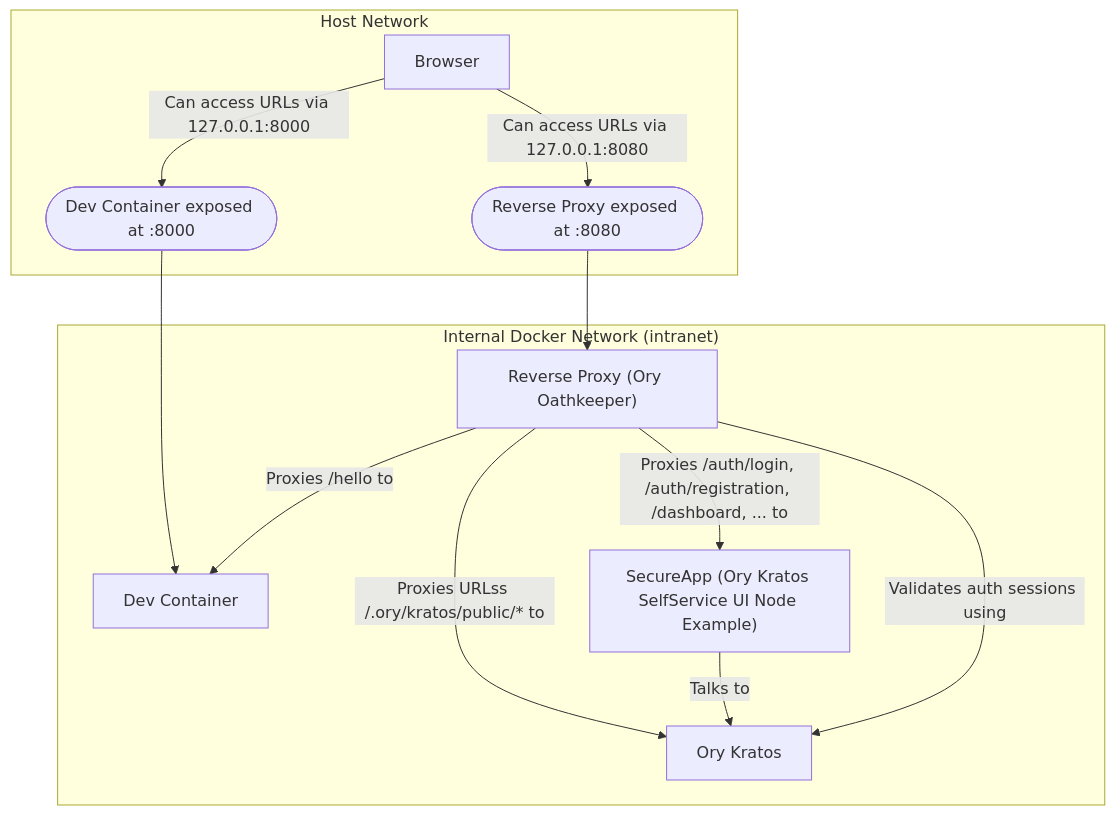
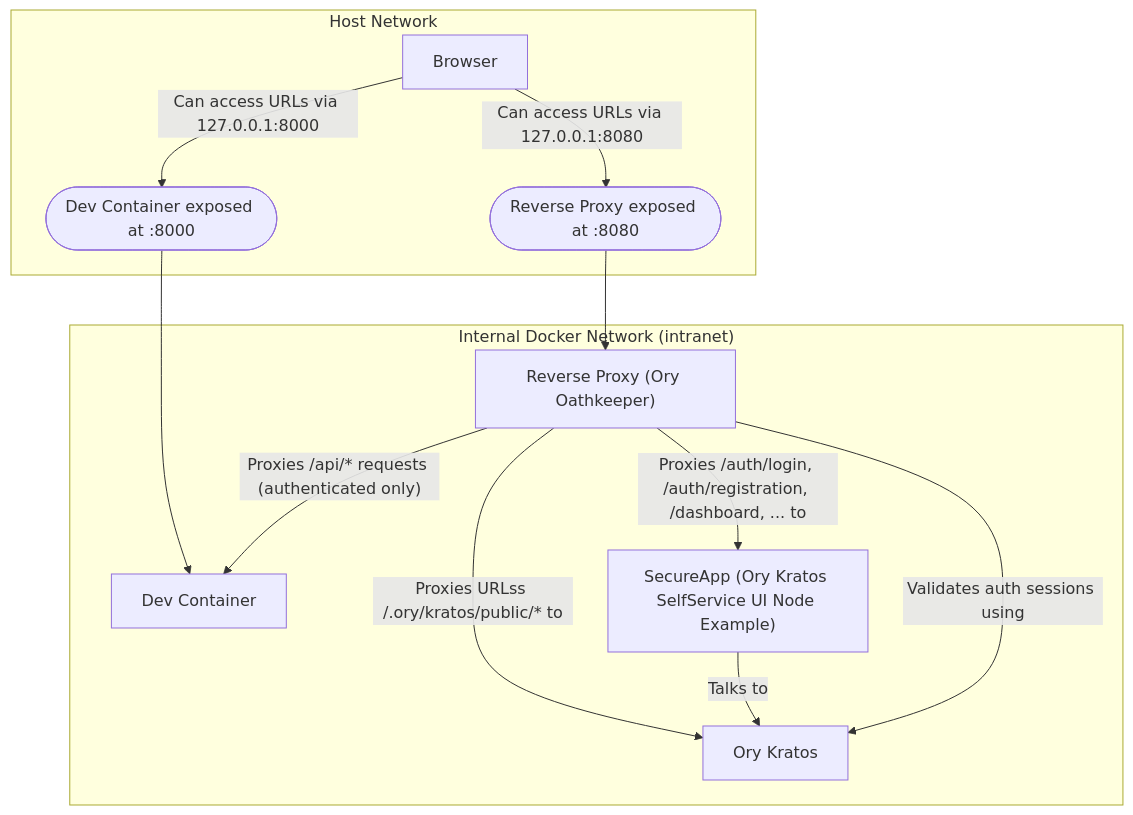
One commit to febus982/bootstrap-python-fastapi changed the diagram in docs/zero_trust.md. Above: the diagram before and after it, drawn with Mermaid. The commit also changed 15 other files, not shown here.

````diff
--- a/docs/zero_trust.md
+++ b/docs/zero_trust.md
@@ -37,23 +37,23 @@
 ```mermaid
 graph TD
 subgraph hn[Host Network]
     B[Browser]
     B-->|Can access URLs via 127.0.0.1:8080|OKPHN
     B-->|Can access URLs via 127.0.0.1:8000|DEVHN
     OKPHN([Reverse Proxy exposed at :8080])
     DEVHN([Dev Container exposed at :8000])
 end
 subgraph dn["Internal Docker Network (intranet)"]
     OKPHN-->OO
     DEVHN-->DEV
     OO-->|Proxies URLss /.ory/kratos/public/* to|OK
     OO-->|"Proxies /auth/login, /auth/registration, /dashboard, ... to"|SA
     SA-->|Talks to|OK
     OO-->|Validates auth sessions using|OK
-    OO-->|"Proxies /hello to"|DEV
+    OO-->|"Proxies /api/* requests (authenticated only)"|DEV
     OK[Ory Kratos]
     OO["Reverse Proxy (Ory Oathkeeper)"]
     SA["SecureApp (Ory Kratos SelfService UI Node Example)"]
     DEV[Dev Container]
 end
 ```
````
